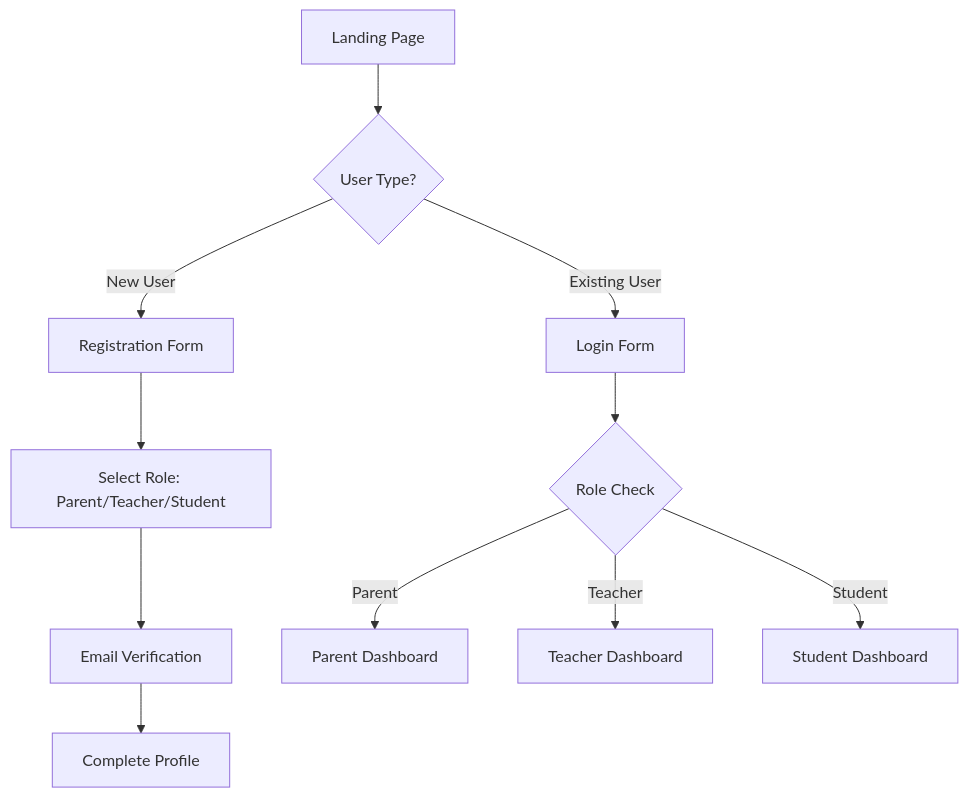
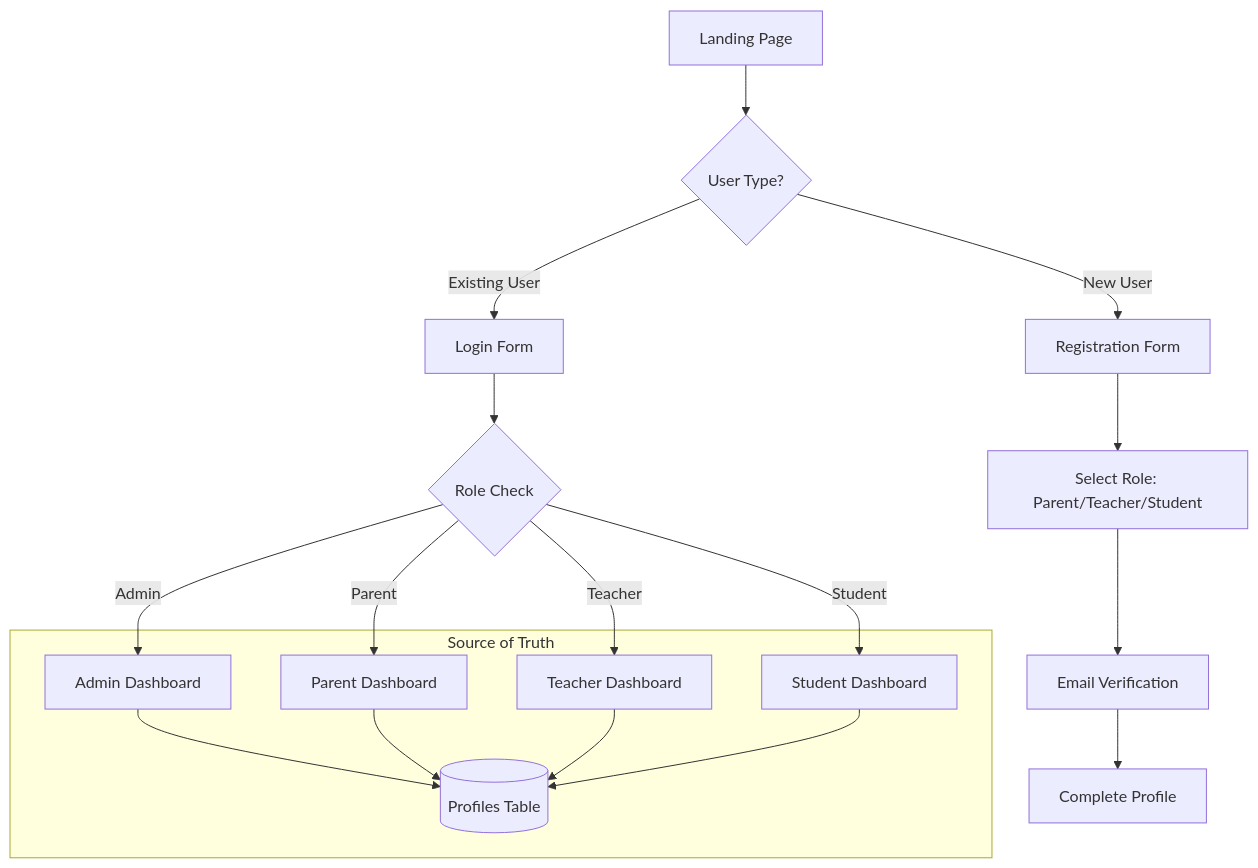
One commit to JimEastburn/class-registration-system changed the third of 5 diagrams in docs/architecture_decision_document.md. Above: the diagram before and after it, drawn with Mermaid. The commit also changed other lines of this file and 7 other files, not shown here.

Commit message:
ompleted a comprehensive update of all project documentation, including the README.md  and all files in the docs/ directory. This ensures the technical documentation aligns with the recent architectural hardening and multi-role features.

````diff
--- a/docs/architecture_decision_document.md
+++ b/docs/architecture_decision_document.md
@@ -340,13 +340,21 @@
 ```mermaid
 flowchart TD
     A[Landing Page] --> B{User Type?}
     B -->|New User| C[Registration Form]
     B -->|Existing User| D[Login Form]
     C --> E[Select Role: Parent/Teacher/Student]
     E --> F[Email Verification]
     F --> G[Complete Profile]
     D --> H{Role Check}
     H -->|Parent| I[Parent Dashboard]
     H -->|Teacher| J[Teacher Dashboard]
     H -->|Student| K[Student Dashboard]
+    H -->|Admin| L[Admin Dashboard]
+    
+    subgraph "Source of Truth"
+        L --> M[(Profiles Table)]
+        I --> M
+        J --> M
+        K --> M
+    end
 ```
````
